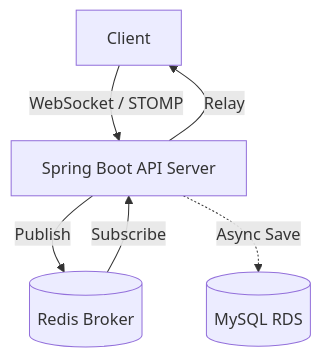
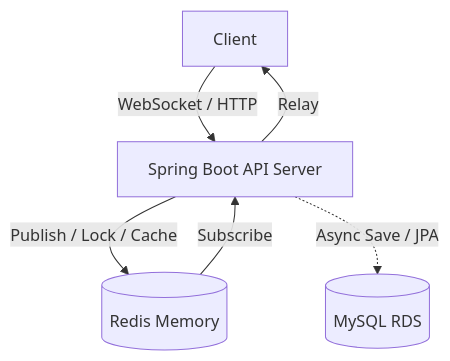
The diagram in README.md (helloyoogs/tarot-insight-backend), drawn with Mermaid before and after one commit. The commit also changed other lines of this file and 20 other files, not shown here.

````diff
--- a/README.md
+++ b/README.md
@@ -33,8 +33,8 @@
 ```mermaid
 graph TD
-    Client[Client] -->|WebSocket / STOMP| Server[Spring Boot API Server]
-    Server -->|Publish| Redis[(Redis Broker)]
+    Client[Client] -->|WebSocket / HTTP| Server[Spring Boot API Server]
+    Server -->|Publish / Lock / Cache| Redis[(Redis Memory)]
     Redis -->|Subscribe| Server
     Server -->|Relay| Client
-    Server -.->|Async Save| MySQL[(MySQL RDS)]
+    Server -.->|Async Save / JPA| MySQL[(MySQL RDS)]
 ```
````
